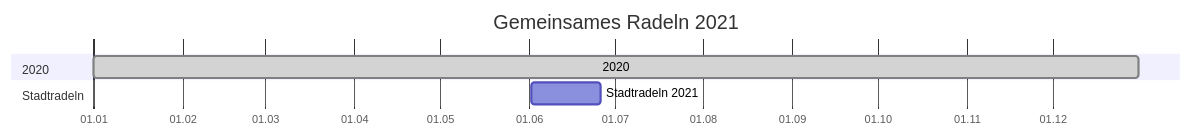
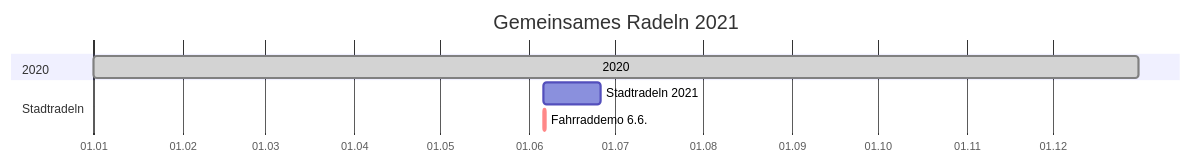
The first of 2 diagrams in index.md (adfc-hemmingen-pattensen/adfc-hemmingen-pattensen.github.io), drawn with Mermaid before and after one commit. The commit also changed other lines of this file and 1 other file, not shown here.

Commit message:
Auftackt Stadtradeln

````diff
--- a/index.md
+++ b/index.md
@@ -164,12 +180,13 @@
 ``` mermaid
 gantt
 dateFormat  YYYY-MM-DD
 title Gemeinsames Radeln 2021
 axisFormat  %d.%m
 
 section 2020
 2020: done, 2020-01-01, 2020-12-31
 section Stadtradeln
-Stadtradeln 2021: 2020-06-02, 2020-06-26
+Stadtradeln 2021: 2020-06-06, 2020-06-26
+Fahrraddemo 6.6.: crit,2020-06-06, 1d 
 
 ```
````
